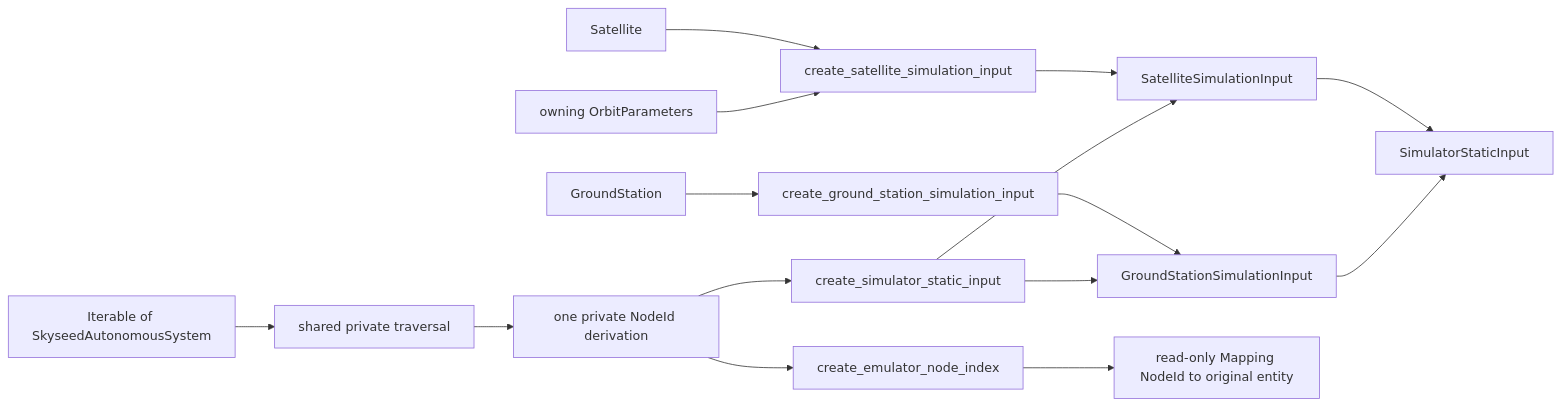
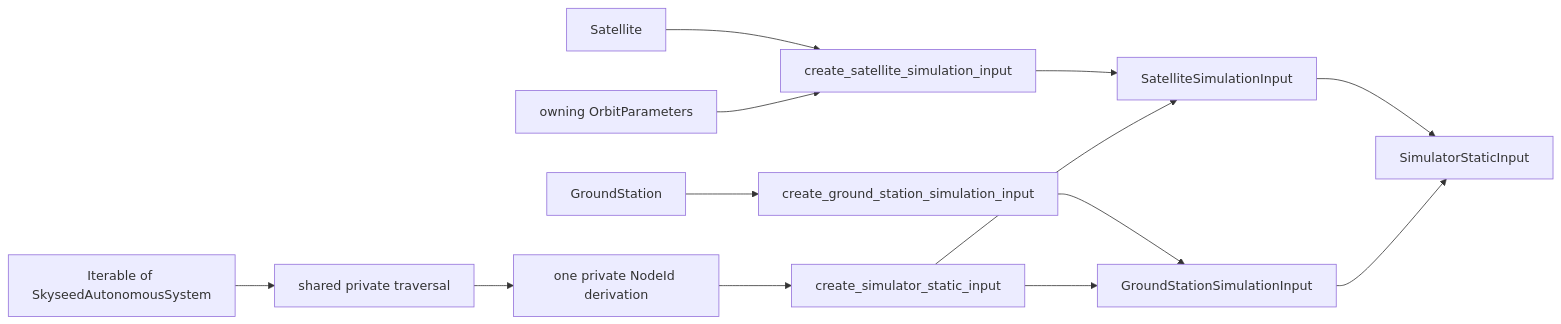
Before and after one commit to seed-labs/skyseed: the second of 5 diagrams in skyseed_v2/docs/architecture/conceptual-class-diagrams.md, drawn with Mermaid. The commit also changed other lines of this file and 26 other files, not shown here.

Commit message:
Remove the global node index contract

````diff
--- a/skyseed_v2/docs/architecture/conceptual-class-diagrams.md
+++ b/skyseed_v2/docs/architecture/conceptual-class-diagrams.md
@@ -68,17 +73,15 @@
 ```mermaid
 flowchart LR
     SAT[Satellite] --> CS[create_satellite_simulation_input]
     OP[owning OrbitParameters] --> CS
     GS[GroundStation] --> CG[create_ground_station_simulation_input]
     AS[Iterable of SkyseedAutonomousSystem] --> WALK[shared private traversal]
     WALK --> DERIVE[one private NodeId derivation]
     DERIVE --> CA[create_simulator_static_input]
-    DERIVE --> CI[create_emulator_node_index]
     CS --> SI[SatelliteSimulationInput]
     CG --> GI[GroundStationSimulationInput]
     CA --> SI
     CA --> GI
     SI --> AGG[SimulatorStaticInput]
     GI --> AGG
-    CI --> IDX[read-only Mapping NodeId to original entity]
 ```
````
